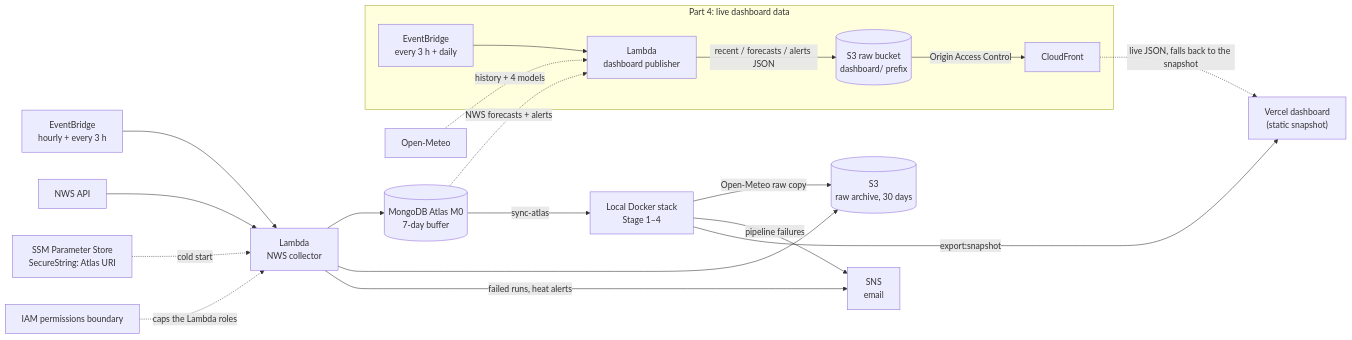
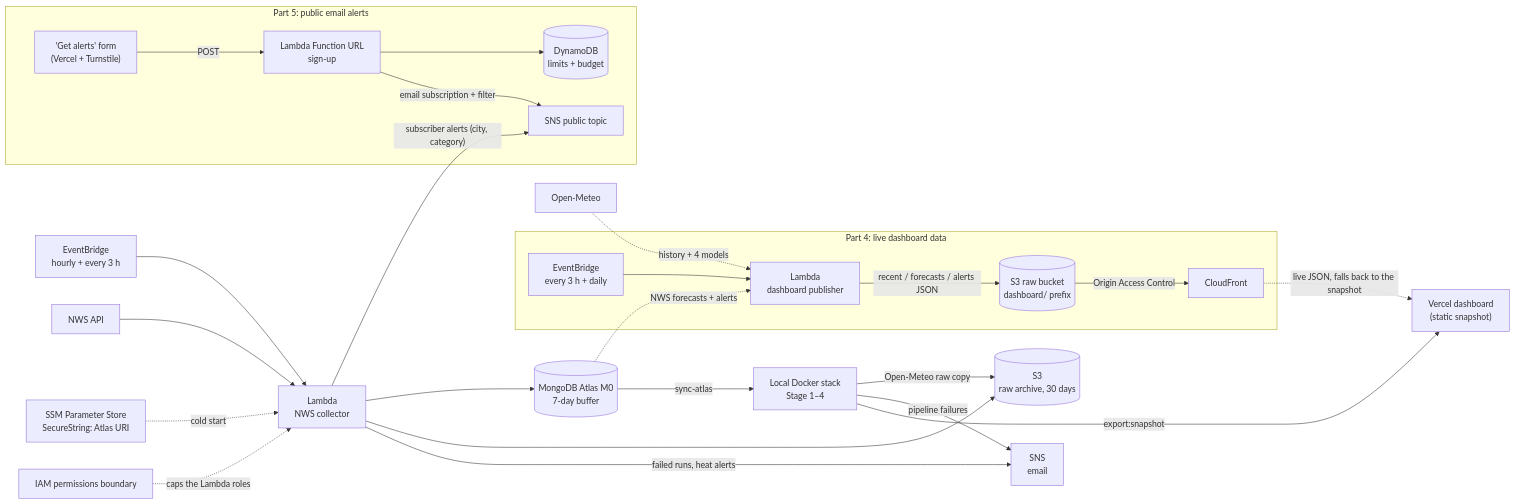
Before and after one commit to dangkhoa241/us-weather-pipeline: the second of 2 diagrams in README.md, drawn with Mermaid. The commit also changed other lines of this file and 2 other files, not shown here.

Commit message:
Docs: email sign-ups deployed (README, SETUP_AWS step 12, ROADMAP)

````diff
--- a/README.md
+++ b/README.md
@@ -113,22 +113,28 @@
 ```mermaid
 flowchart LR
   EB["EventBridge<br/>hourly + every 3 h"] --> L["Lambda<br/>NWS collector"]
   NWS["NWS API"] --> L
   SSM["SSM Parameter Store<br/>SecureString: Atlas URI"] -.->|cold start| L
   L --> ATLAS[("MongoDB Atlas M0<br/>7-day buffer")]
   L --> S3[("S3<br/>raw archive, 30 days")]
   L -->|failed runs, heat alerts| SNS["SNS<br/>email"]
   ATLAS -->|sync-atlas| LOCAL["Local Docker stack<br/>Stage 1–4"]
   LOCAL -->|Open-Meteo raw copy| S3
   LOCAL -->|pipeline failures| SNS
   LOCAL -->|export:snapshot| VERCEL["Vercel dashboard<br/>(static snapshot)"]
   BOUND["IAM permissions boundary"] -.->|caps the Lambda roles| L
   subgraph P4["Part 4: live dashboard data"]
     EB2["EventBridge<br/>every 3 h + daily"] --> P["Lambda<br/>dashboard publisher"]
     P -->|recent / forecasts / alerts JSON| S3D[("S3 raw bucket<br/>dashboard/ prefix")]
     S3D -->|"Origin Access Control"| CF["CloudFront"]
   end
   ATLAS -.->|NWS forecasts + alerts| P
   OM["Open-Meteo"] -.->|history + 4 models| P
   CF -.->|"live JSON, falls back to the snapshot"| VERCEL
+  subgraph P5["Part 5: public email alerts"]
+    FORM["'Get alerts' form<br/>(Vercel + Turnstile)"] -->|POST| URL["Lambda Function URL<br/>sign-up"]
+    URL --> DDB[("DynamoDB<br/>limits + budget")]
+    URL -->|email subscription + filter| PUB["SNS public topic"]
+  end
+  L -->|"subscriber alerts (city, category)"| PUB
 ```
````
